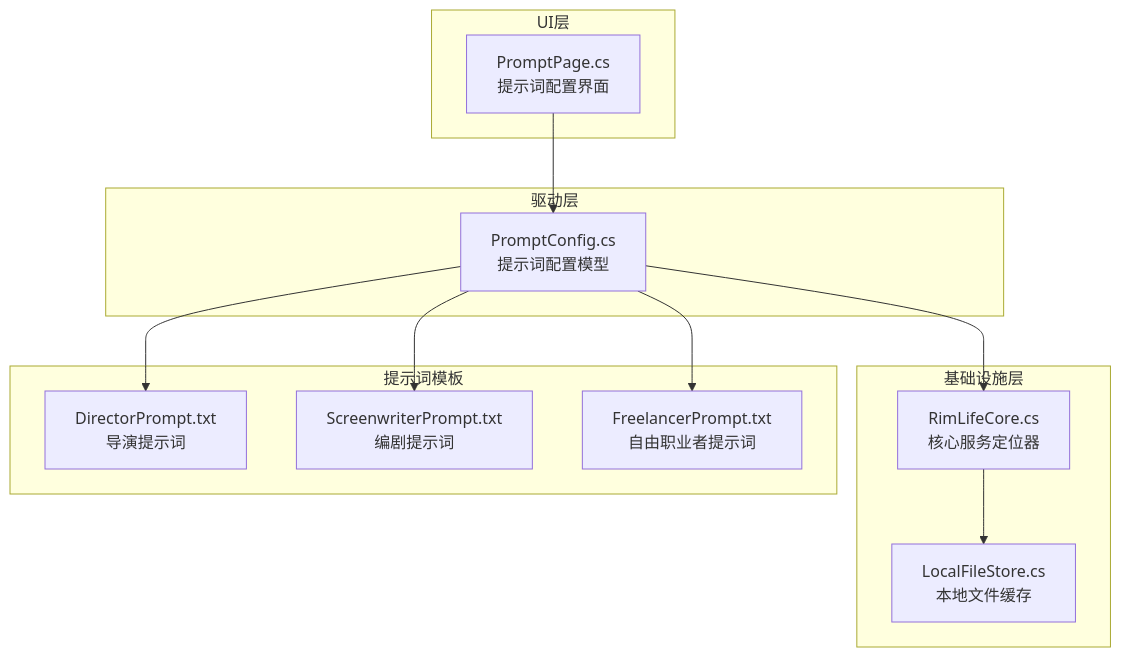
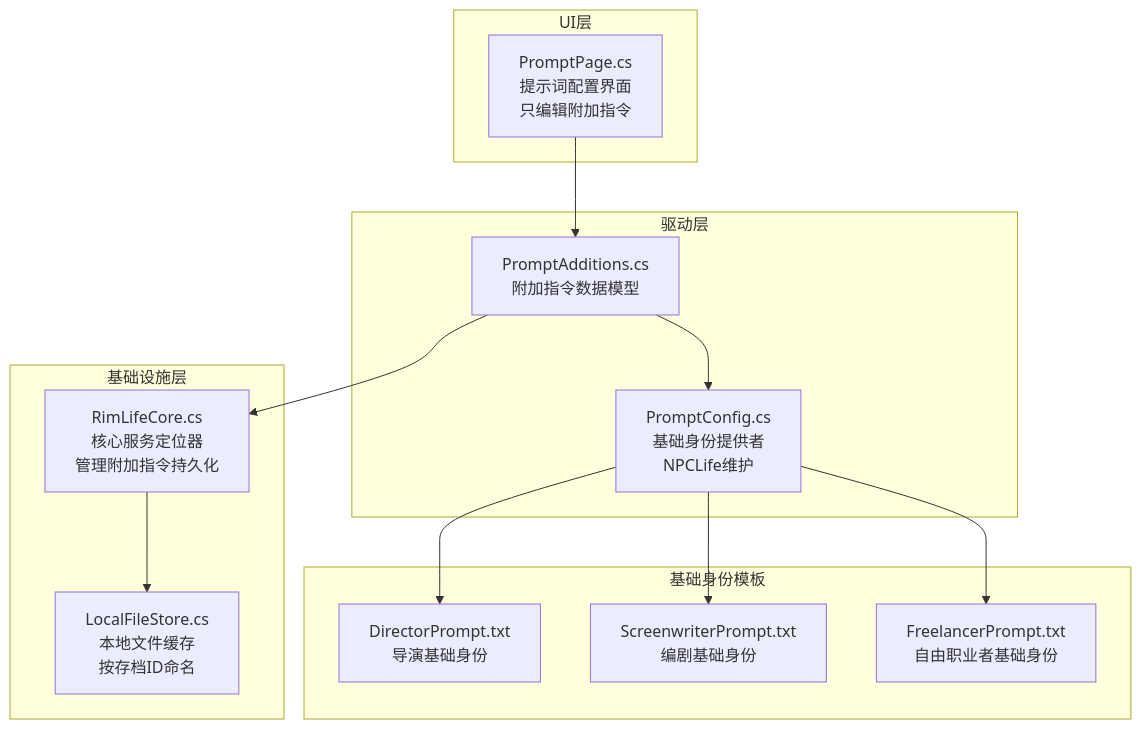
The first of 7 diagrams in .qoder/repowiki/zh/content/用户界面系统/提示词配置页面.md (suzvka/RimLife), drawn with Mermaid before and after one commit. The commit also changed other lines of this file and 32 other files, not shown here.

````diff
--- a/.qoder/repowiki/zh/content/用户界面系统/提示词配置页面.md
+++ b/.qoder/repowiki/zh/content/用户界面系统/提示词配置页面.md
@@ -34,24 +41,26 @@
 ```mermaid
 graph TB
 subgraph "UI层"
-A[PromptPage.cs<br/>提示词配置界面]
+A[PromptPage.cs<br/>提示词配置界面<br/>只编辑附加指令]
 end
 subgraph "驱动层"
-B[PromptConfig.cs<br/>提示词配置模型]
+B[PromptAdditions.cs<br/>附加指令数据模型]
+C[PromptConfig.cs<br/>基础身份提供者<br/>NPCLife维护]
 end
 subgraph "基础设施层"
-C[RimLifeCore.cs<br/>核心服务定位器]
-D[LocalFileStore.cs<br/>本地文件缓存]
+D[RimLifeCore.cs<br/>核心服务定位器<br/>管理附加指令持久化]
+E[LocalFileStore.cs<br/>本地文件缓存<br/>按存档ID命名]
 end
-subgraph "提示词模板"
-E[DirectorPrompt.txt<br/>导演提示词]
-F[ScreenwriterPrompt.txt<br/>编剧提示词]
-G[FreelancerPrompt.txt<br/>自由职业者提示词]
+subgraph "基础身份模板"
+F[DirectorPrompt.txt<br/>导演基础身份]
+G[ScreenwriterPrompt.txt<br/>编剧基础身份]
+H[FreelancerPrompt.txt<br/>自由职业者基础身份]
 end
 A --> B
+B --> D
+D --> E
+C --> F
+C --> G
+C --> H
 B --> C
-C --> D
-B --> E
-B --> F
-B --> G
 ```
````
